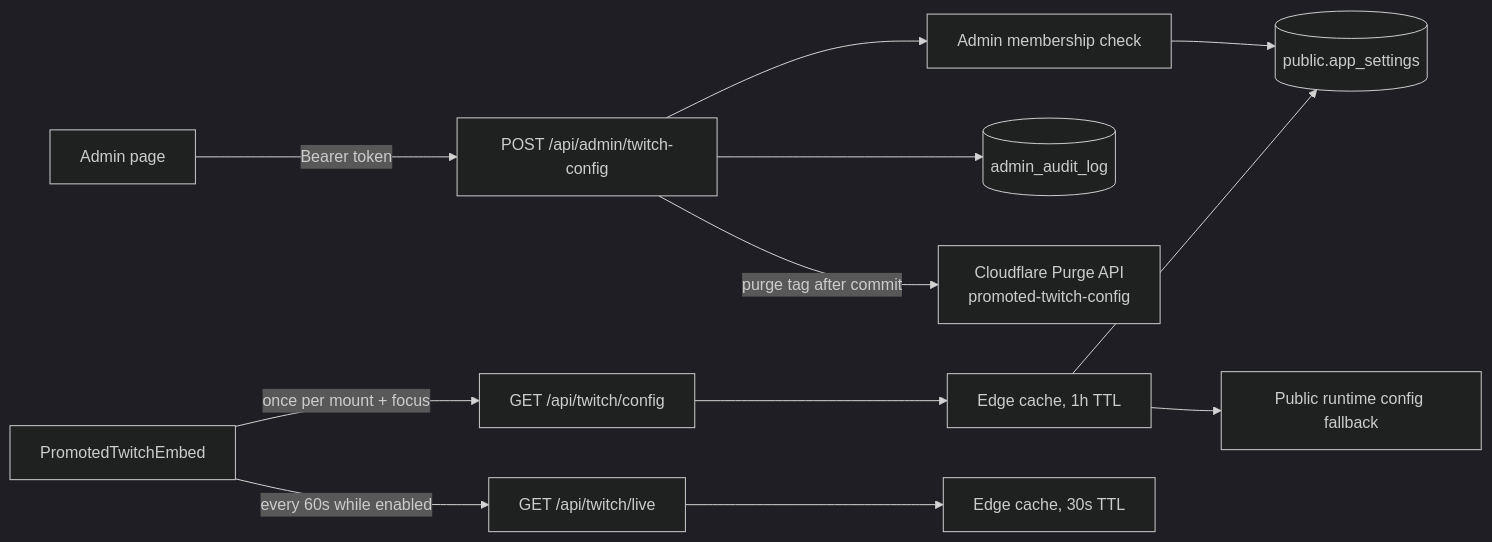
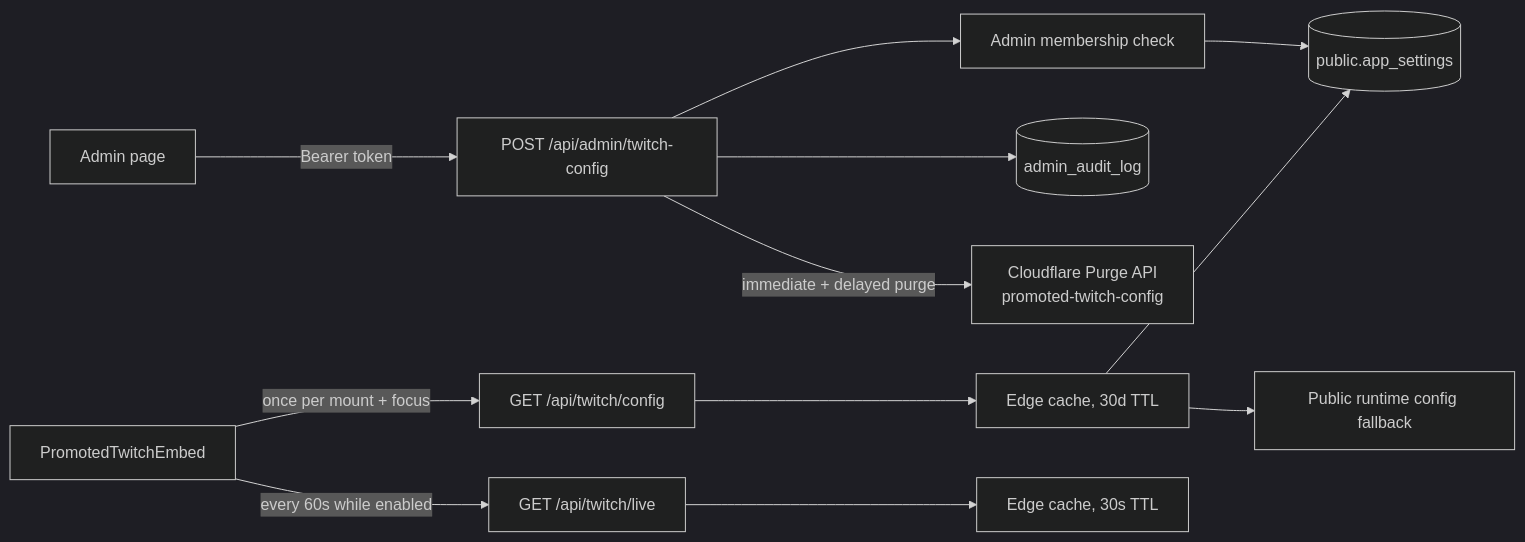
One commit to tarkovtracker-org/TarkovTracker changed the ninth of 9 diagrams in docs/SYSTEMS.md. Above: the diagram before and after it, drawn with Mermaid (dark theme). The commit also changed other lines of this file and 4 other files, not shown here.

Commit message:
fix(admin): harden long-lived Twitch config cache

````diff
--- a/docs/SYSTEMS.md
+++ b/docs/SYSTEMS.md
@@ -882,14 +882,14 @@
 ```mermaid
 flowchart LR
     Admin[Admin page] -->|Bearer token| Write[POST /api/admin/twitch-config]
     Write --> Gate[Admin membership check]
     Gate --> Settings[(public.app_settings)]
     Write --> Audit[(admin_audit_log)]
-    Write -->|purge tag after commit| Purge[Cloudflare Purge API<br/>promoted-twitch-config]
+    Write -->|immediate + delayed purge| Purge[Cloudflare Purge API<br/>promoted-twitch-config]
     Embed[PromotedTwitchEmbed] -->|once per mount + focus| Read[GET /api/twitch/config]
-    Read --> Edge[Edge cache, 1h TTL]
+    Read --> Edge[Edge cache, 30d TTL]
     Edge --> Settings
     Edge --> Fallback[Public runtime config fallback]
     Embed -->|every 60s while enabled| Live[GET /api/twitch/live]
     Live --> LiveEdge[Edge cache, 30s TTL]
 ```
````
